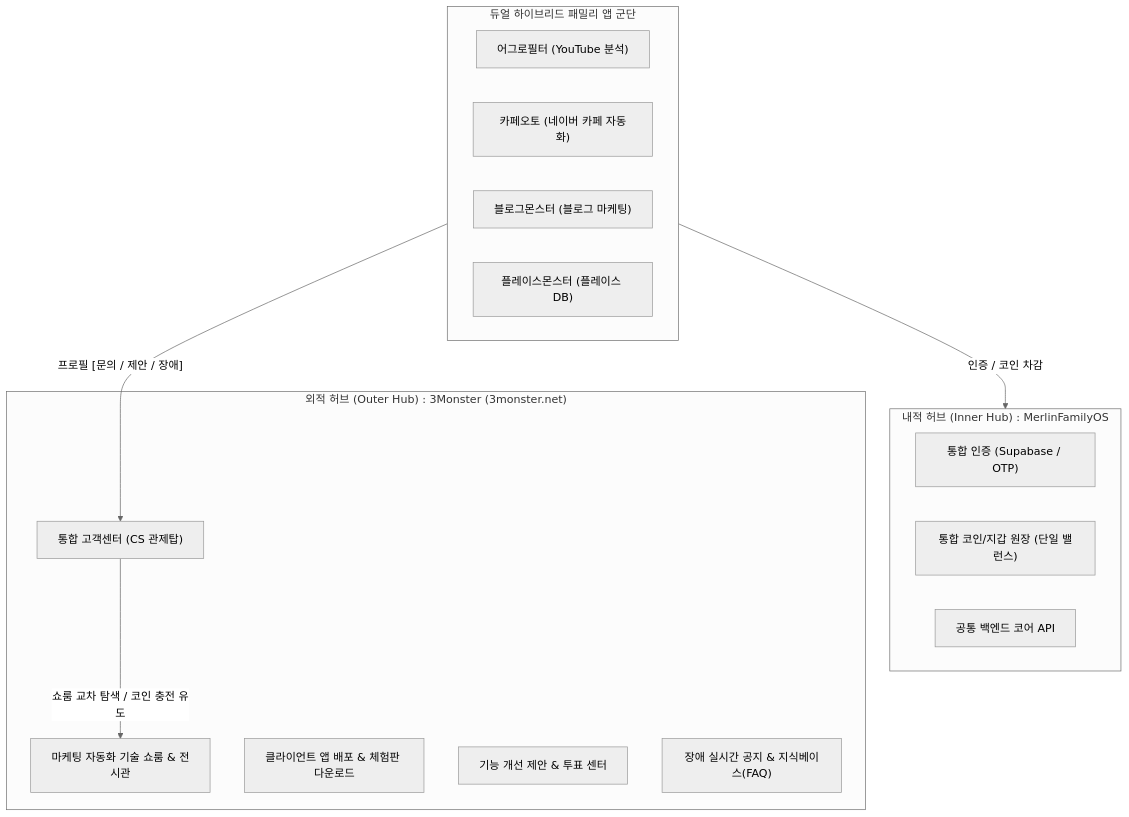
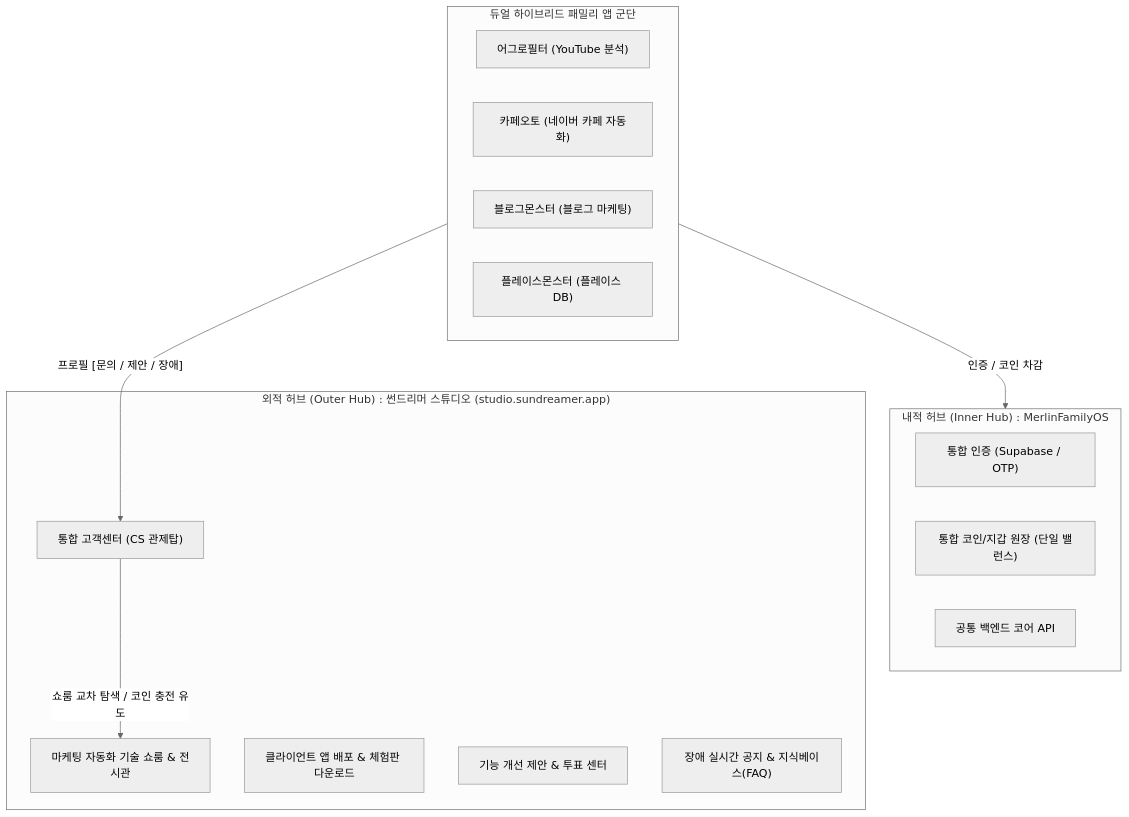
The diagram in src/services/merlin-hub-sdk/guides/외적허브_3Monster_통합CS_명세서.md (Han-jinwook/Ghosti), drawn with Mermaid (neutral theme) before and after one commit. The commit also changed other lines of this file and 12 other files, not shown here.

````diff
--- a/src/services/merlin-hub-sdk/guides/외적허브_3Monster_통합CS_명세서.md
+++ b/src/services/merlin-hub-sdk/guides/외적허브_3Monster_통합CS_명세서.md
@@ -14,27 +14,27 @@
 ```mermaid
 flowchart TD
     subgraph InnerHub["내적 허브 (Inner Hub) : MerlinFamilyOS"]
         AUTH["통합 인증 (Supabase / OTP)"]
         WALLET["통합 코인/지갑 원장 (단일 밸런스)"]
         CORE_API["공통 백엔드 코어 API"]
     end
 
-    subgraph OuterHub["외적 허브 (Outer Hub) : 3Monster (3monster.net)"]
+    subgraph OuterHub["외적 허브 (Outer Hub) : 썬드리머 스튜디오 (studio.sundreamer.app)"]
         SHOWROOM["마케팅 자동화 기술 쇼룸 & 전시관"]
         DOWNLOAD["클라이언트 앱 배포 & 체험판 다운로드"]
         SUPPORT["통합 고객센터 (CS 관제탑)"]
         FEEDBACK["기능 개선 제안 & 투표 센터"]
         FAQ["장애 실시간 공지 & 지식베이스(FAQ)"]
     end
 
     subgraph FamilyApps["듀얼 하이브리드 패밀리 앱 군단"]
         APP1["어그로필터 (YouTube 분석)"]
         APP2["카페오토 (네이버 카페 자동화)"]
         APP3["블로그몬스터 (블로그 마케팅)"]
         APP4["플레이스몬스터 (플레이스 DB)"]
     end
 
     FamilyApps -->|"인증 / 코인 차감"| InnerHub
     FamilyApps -->|"프로필 [문의 / 제안 / 장애]"| SUPPORT
     SUPPORT -->|"쇼룸 교차 탐색 / 코인 충전 유도"| SHOWROOM
 ```
````
